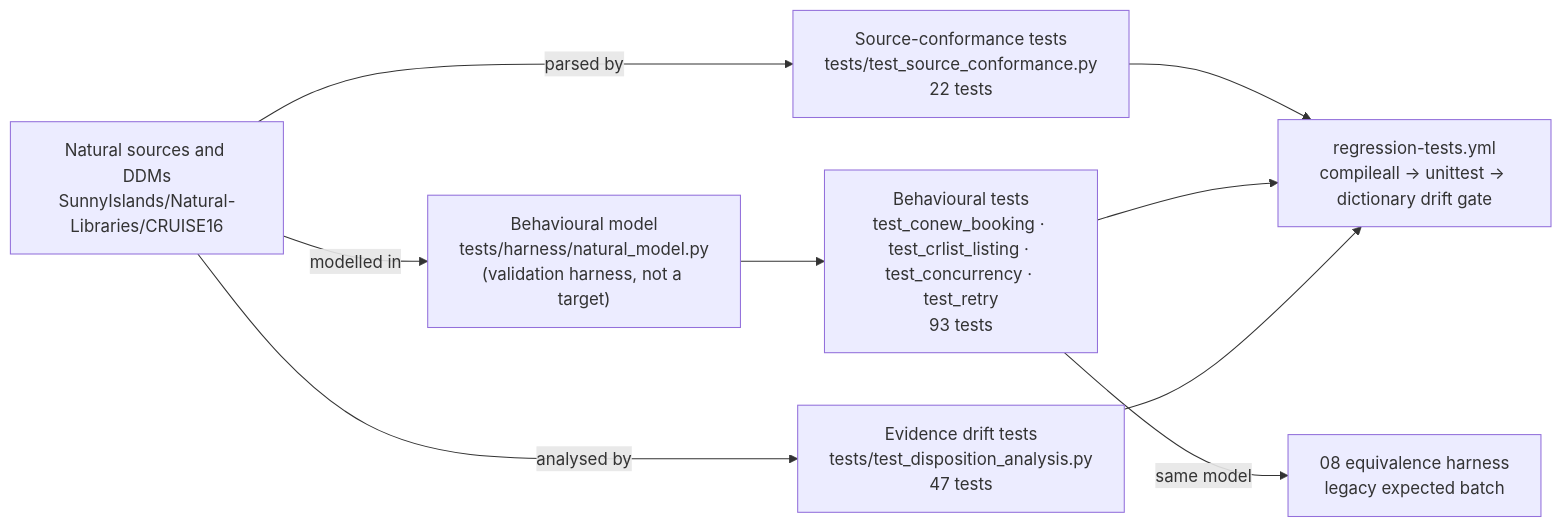
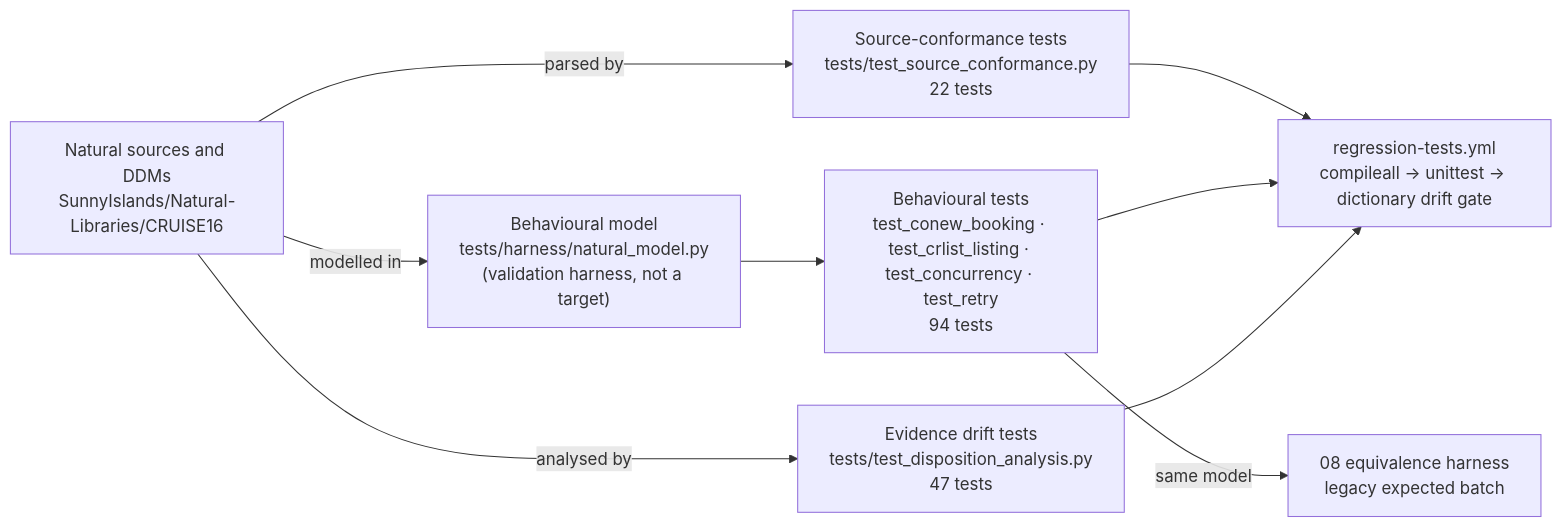
The diagram in fpps-hcm-modernization-deliverable/09-unit-test-regression-jcl-runcompare/test-generation-approach.md (COG-GTM/ADABAS-natural-for-ajax-devops-sample-application), drawn with Mermaid before and after one commit. The commit also changed other lines of this file and 6 other files, not shown here.

````diff
--- a/fpps-hcm-modernization-deliverable/09-unit-test-regression-jcl-runcompare/test-generation-approach.md
+++ b/fpps-hcm-modernization-deliverable/09-unit-test-regression-jcl-runcompare/test-generation-approach.md
@@ -35,9 +35,9 @@
 ```mermaid
 flowchart LR
     SRC["Natural sources and DDMs<br/>SunnyIslands/Natural-Libraries/CRUISE16"] -->|"parsed by"| CONF["Source-conformance tests<br/>tests/test_source_conformance.py<br/>22 tests"]
     SRC -->|"modelled in"| MODEL["Behavioural model<br/>tests/harness/natural_model.py<br/>(validation harness, not a target)"]
-    MODEL --> BEH["Behavioural tests<br/>test_conew_booking · test_crlist_listing · test_concurrency · test_retry<br/>93 tests"]
+    MODEL --> BEH["Behavioural tests<br/>test_conew_booking · test_crlist_listing · test_concurrency · test_retry<br/>94 tests"]
     SRC -->|"analysed by"| DISP["Evidence drift tests<br/>tests/test_disposition_analysis.py<br/>47 tests"]
     CONF & BEH & DISP --> CI["regression-tests.yml<br/>compileall → unittest → dictionary drift gate"]
     BEH -->|"same model"| EQ["08 equivalence harness<br/>legacy expected batch"]
 ```
````
